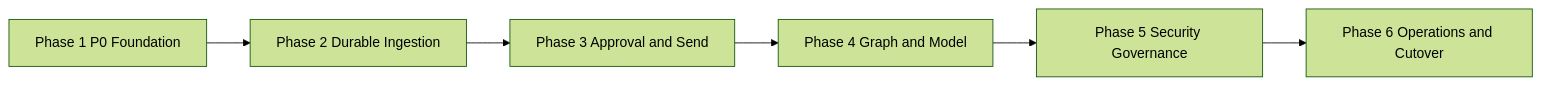
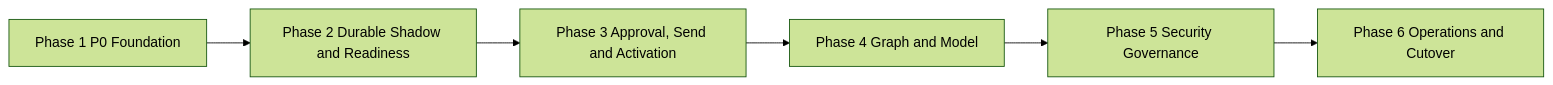
The diagram in docs/superpowers/plans/2026-07-10-ai-exchange-remediation-master.md (backtomyfuture/AI-Exchange), drawn with Mermaid (forest theme) before and after one commit. The commit also changed other lines of this file and 31 other files, not shown here.

````diff
--- a/docs/superpowers/plans/2026-07-10-ai-exchange-remediation-master.md
+++ b/docs/superpowers/plans/2026-07-10-ai-exchange-remediation-master.md
@@ -45,8 +53,8 @@
 ```mermaid
 flowchart LR
-    P1["Phase 1 P0 Foundation"] --> P2["Phase 2 Durable Ingestion"]
-    P2 --> P3["Phase 3 Approval and Send"]
+    P1["Phase 1 P0 Foundation"] --> P2["Phase 2 Durable Shadow and Readiness"]
+    P2 --> P3["Phase 3 Approval, Send and Activation"]
     P3 --> P4["Phase 4 Graph and Model"]
     P4 --> P5["Phase 5 Security Governance"]
     P5 --> P6["Phase 6 Operations and Cutover"]
 ```
````
